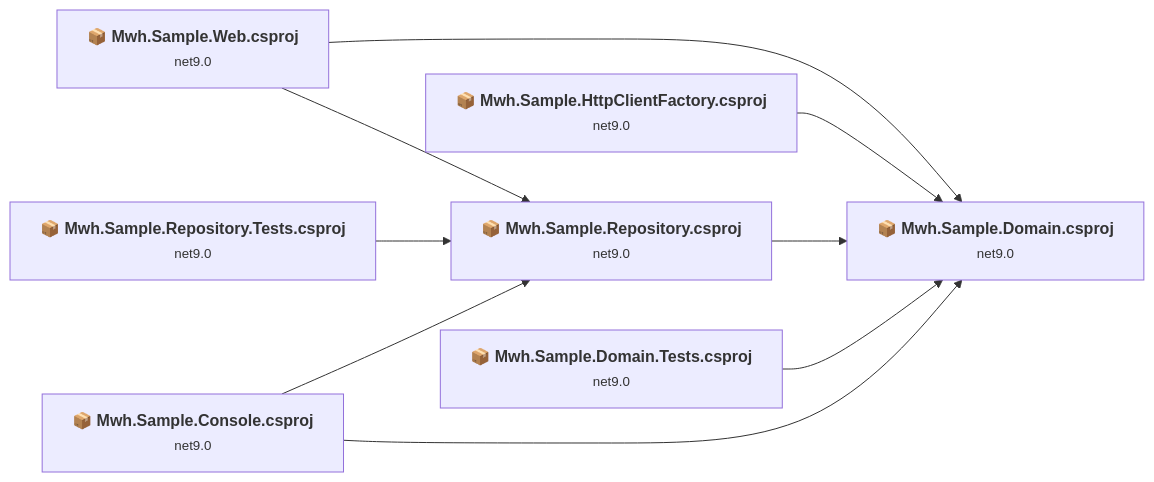
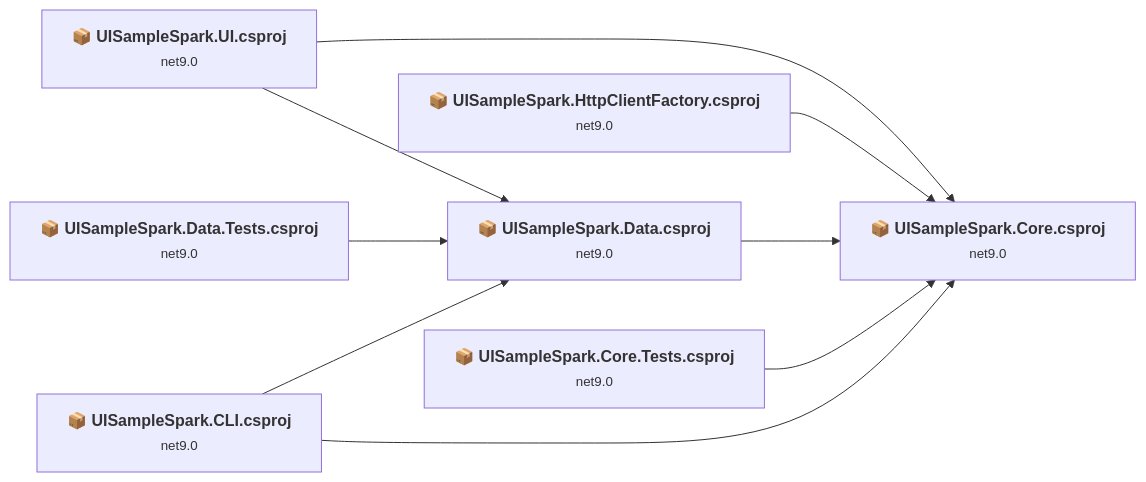
Before and after one commit to markhazleton/SampleMvcCRUD: the first of 8 diagrams in .documentation/copilot/archive/upgrades/assessment.md, drawn with Mermaid. The commit also changed other lines of this file and 393 other files, not shown here.

First line of the commit message:
feat: Rebrand to UISampleSpark with modernized project structure

````diff
--- a/.documentation/copilot/archive/upgrades/assessment.md
+++ b/.documentation/copilot/archive/upgrades/assessment.md
@@ -26,26 +26,26 @@
 ```mermaid
 flowchart LR
-    P1["<b>📦&nbsp;Mwh.Sample.Web.csproj</b><br/><small>net9.0</small>"]
-    P2["<b>📦&nbsp;Mwh.Sample.Domain.csproj</b><br/><small>net9.0</small>"]
-    P3["<b>📦&nbsp;Mwh.Sample.HttpClientFactory.csproj</b><br/><small>net9.0</small>"]
-    P4["<b>📦&nbsp;Mwh.Sample.Repository.csproj</b><br/><small>net9.0</small>"]
-    P5["<b>📦&nbsp;Mwh.Sample.Domain.Tests.csproj</b><br/><small>net9.0</small>"]
-    P6["<b>📦&nbsp;Mwh.Sample.Repository.Tests.csproj</b><br/><small>net9.0</small>"]
-    P7["<b>📦&nbsp;Mwh.Sample.Console.csproj</b><br/><small>net9.0</small>"]
+    P1["<b>📦&nbsp;UISampleSpark.UI.csproj</b><br/><small>net9.0</small>"]
+    P2["<b>📦&nbsp;UISampleSpark.Core.csproj</b><br/><small>net9.0</small>"]
+    P3["<b>📦&nbsp;UISampleSpark.HttpClientFactory.csproj</b><br/><small>net9.0</small>"]
+    P4["<b>📦&nbsp;UISampleSpark.Data.csproj</b><br/><small>net9.0</small>"]
+    P5["<b>📦&nbsp;UISampleSpark.Core.Tests.csproj</b><br/><small>net9.0</small>"]
+    P6["<b>📦&nbsp;UISampleSpark.Data.Tests.csproj</b><br/><small>net9.0</small>"]
+    P7["<b>📦&nbsp;UISampleSpark.CLI.csproj</b><br/><small>net9.0</small>"]
     P1 --> P4
     P1 --> P2
     P3 --> P2
     P4 --> P2
     P5 --> P2
     P6 --> P4
     P7 --> P4
     P7 --> P2
-    click P1 "#mwhsamplewebmwhsamplewebcsproj"
-    click P2 "#mwhsampledomainmwhsampledomaincsproj"
-    click P3 "#mwhsamplehttpclientfactorymwhsamplehttpclientfactorycsproj"
-    click P4 "#mwhsamplerepositorymwhsamplerepositorycsproj"
-    click P5 "#mwhsampledomaintestsmwhsampledomaintestscsproj"
-    click P6 "#mwhsamplerepositorytestsmwhsamplerepositorytestscsproj"
-    click P7 "#mwhsampleconsolemwhsampleconsolecsproj"
+    click P1 "#uisamplesparkuisamplesparkcsproj"
+    click P2 "#uisamplesparkcorecsproj"
+    click P3 "#uisamplesparkhttpclientfactorycsproj"
+    click P4 "#uisamplesparkdatacsproj"
+    click P5 "#uisamplesparkcoretestscsproj"
+    click P6 "#uisamplesparkdatatestscsproj"
+    click P7 "#uisamplesparkclicsproj"
 
 ```
````
